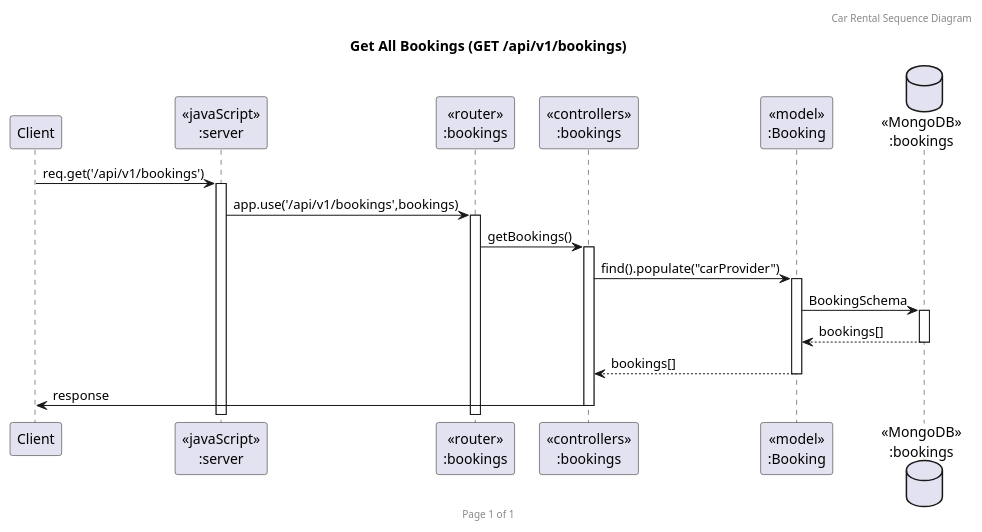
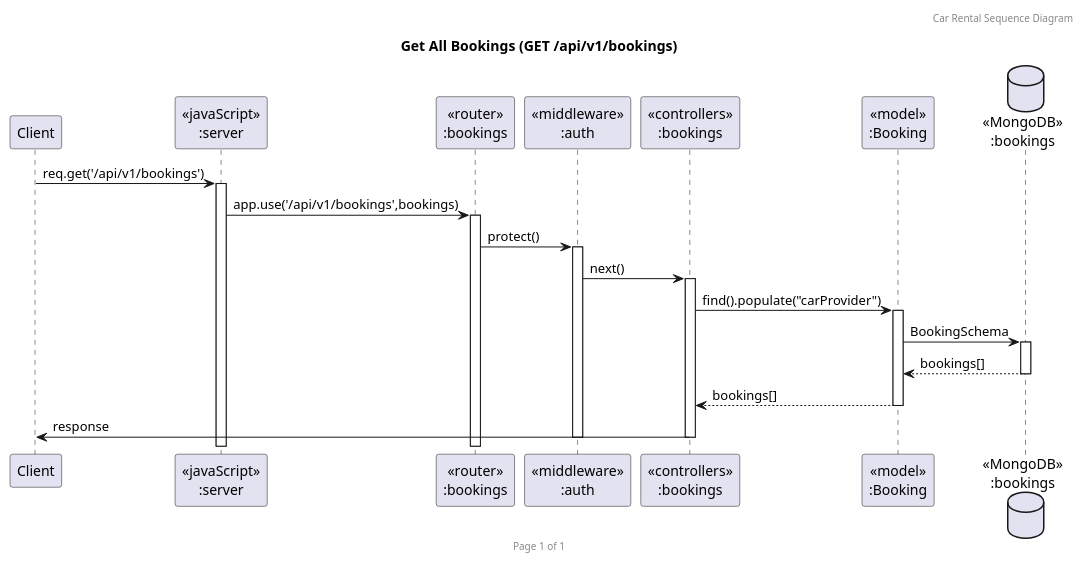
The diagram in UML/Sequence_Booking_GET_ALL.puml (2110503-CEDT68/be-project-68-paopaopao), drawn with PlantUML before and after one commit. The commit also changed 9 other files, not shown here.

Commit message:
Fix: sequence diagram fix

```diff
--- a/UML/Sequence_Booking_GET_ALL.puml
+++ b/UML/Sequence_Booking_GET_ALL.puml
@@ -1,23 +1,26 @@
 @startuml Sequence_Booking_GET_ALL
 
 header Car Rental Sequence Diagram
 footer Page %page% of %lastpage%
 title "Get All Bookings (GET /api/v1/bookings)"
 
 participant "Client" as client
 participant "<<javaScript>>\n:server" as server
 participant "<<router>>\n:bookings" as routerBookings
+participant "<<middleware>>\n:auth" as middlewareAuth
 participant "<<controllers>>\n:bookings" as controllersBookings
 participant "<<model>>\n:Booking" as modelBooking
 database "<<MongoDB>>\n:bookings" as BookingsDatabase
 
 client->server ++:req.get('/api/v1/bookings')
 server->routerBookings ++:app.use('/api/v1/bookings',bookings)
-routerBookings->controllersBookings ++:getBookings()
+routerBookings->middlewareAuth ++:protect()
+middlewareAuth->controllersBookings ++:next()
 controllersBookings->modelBooking ++:find().populate("carProvider")
 modelBooking->BookingsDatabase ++: BookingSchema
 BookingsDatabase-->modelBooking --: bookings[]
 controllersBookings<--modelBooking --: bookings[]
 controllersBookings->client --:response
+deactivate middlewareAuth
 
 @enduml
```
